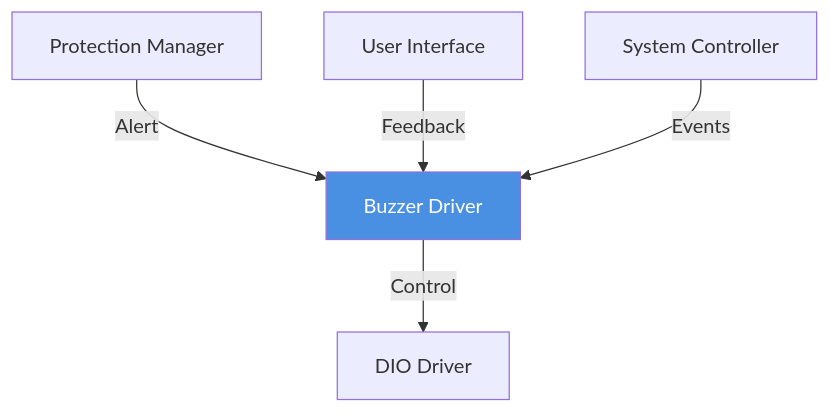
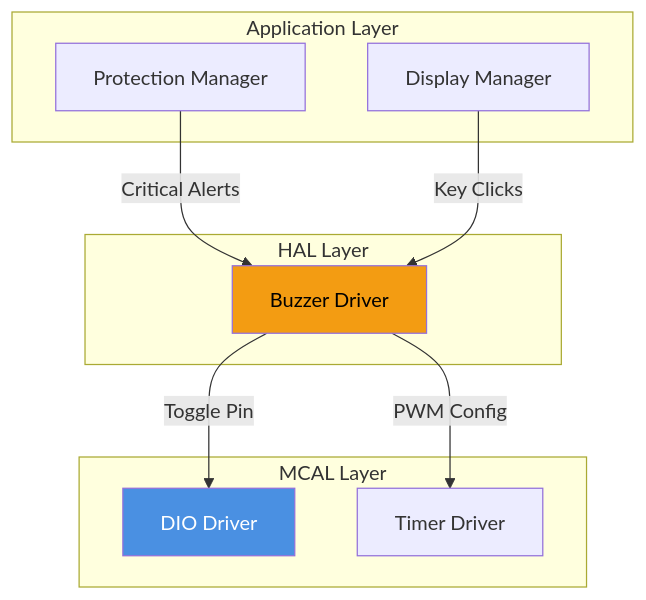
One commit to Gestell-Solution/Smart_Energy_Management_System changed the fifth of 5 diagrams in Doc/Embedded/New/06_ImplementationDoc/Software_Layers/HAL_Layer/Buzzer/Buzzer_Driver.md. Above: the diagram before and after it, drawn with Mermaid. The commit also changed other lines of this file and 30 other files, not shown here.

Commit message:
Docs: Align Software Layers (MCAL/HAL/App) with SRS and LLD - Add Traceability Matrices

````diff
--- a/Doc/Embedded/New/06_ImplementationDoc/Software_Layers/HAL_Layer/Buzzer/Buzzer_Driver.md
+++ b/Doc/Embedded/New/06_ImplementationDoc/Software_Layers/HAL_Layer/Buzzer/Buzzer_Driver.md
@@ -144,10 +338,25 @@
 ```mermaid
-graph TB
-    PROT[Protection Manager] -->|Alert| BUZZER[Buzzer Driver]
-    UI[User Interface] -->|Feedback| BUZZER
-    SYS[System Controller] -->|Events| BUZZER
+graph TD
+    subgraph "Application Layer"
+        PROT[Protection Manager]
+        UI[Display Manager]
+    end
 
-    BUZZER -->|Control| DIO[DIO Driver]
+    subgraph "HAL Layer"
+        BUZ[Buzzer Driver]
+    end
 
-    style BUZZER fill:#4A90E2,color:#fff
+    subgraph "MCAL Layer"
+        DIO[DIO Driver]
+        TIMER[Timer Driver]
+    end
+
+    PROT -->|Critical Alerts| BUZ
+    UI -->|Key Clicks| BUZ
+
+    BUZ -->|Toggle Pin| DIO
+    BUZ -->|PWM Config| TIMER
+
+    style BUZ fill:#F39C12,color:#000
+    style DIO fill:#4A90E2,color:#fff
 ```
````
